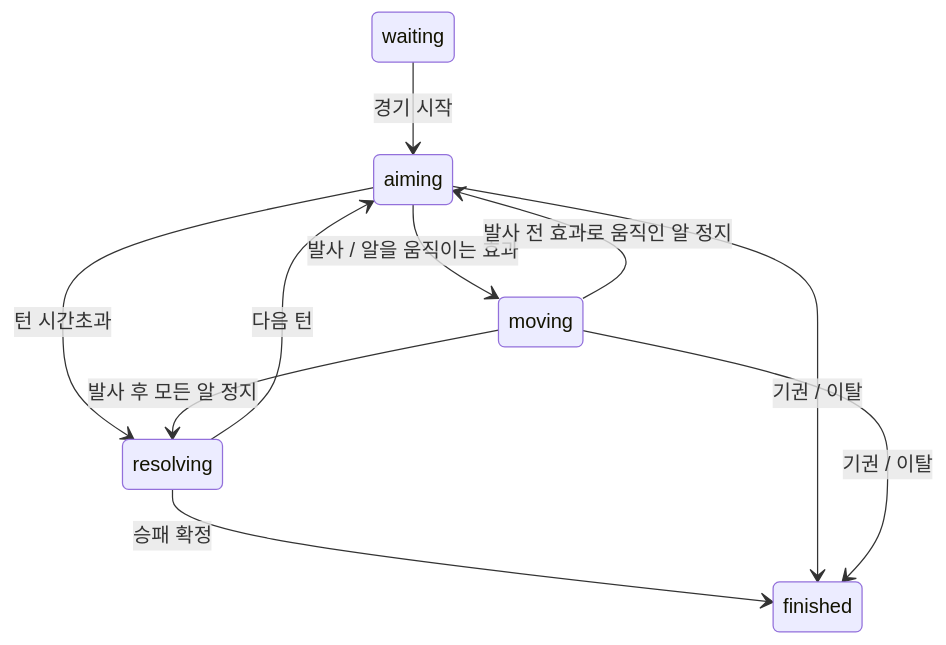
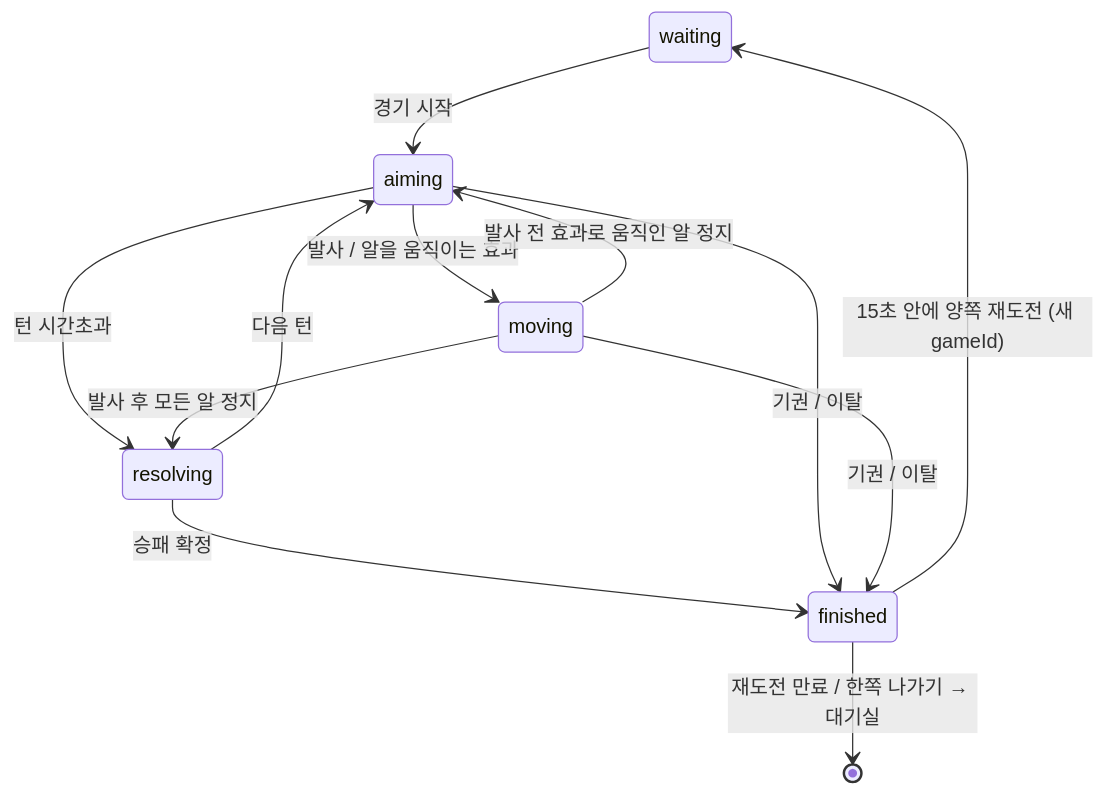
One commit to moguab2808-commits/mini-project-1-1 changed the diagram in docs/design/GAME.md. Above: the diagram before and after it, drawn with Mermaid. The commit also changed other lines of this file and 11 other files, not shown here.

````diff
--- a/docs/design/GAME.md
+++ b/docs/design/GAME.md
@@ -44,12 +44,14 @@
 ```mermaid
 stateDiagram-v2
     waiting --> aiming: 경기 시작
     aiming --> moving: 발사 / 알을 움직이는 효과
     aiming --> resolving: 턴 시간초과
     moving --> resolving: 발사 후 모든 알 정지
     moving --> aiming: 발사 전 효과로 움직인 알 정지
     resolving --> aiming: 다음 턴
     resolving --> finished: 승패 확정
     aiming --> finished: 기권 / 이탈
     moving --> finished: 기권 / 이탈
+    finished --> waiting: 15초 안에 양쪽 재도전 (새 gameId)
+    finished --> [*]: 재도전 만료 / 한쪽 나가기 → 대기실
 ```
````
